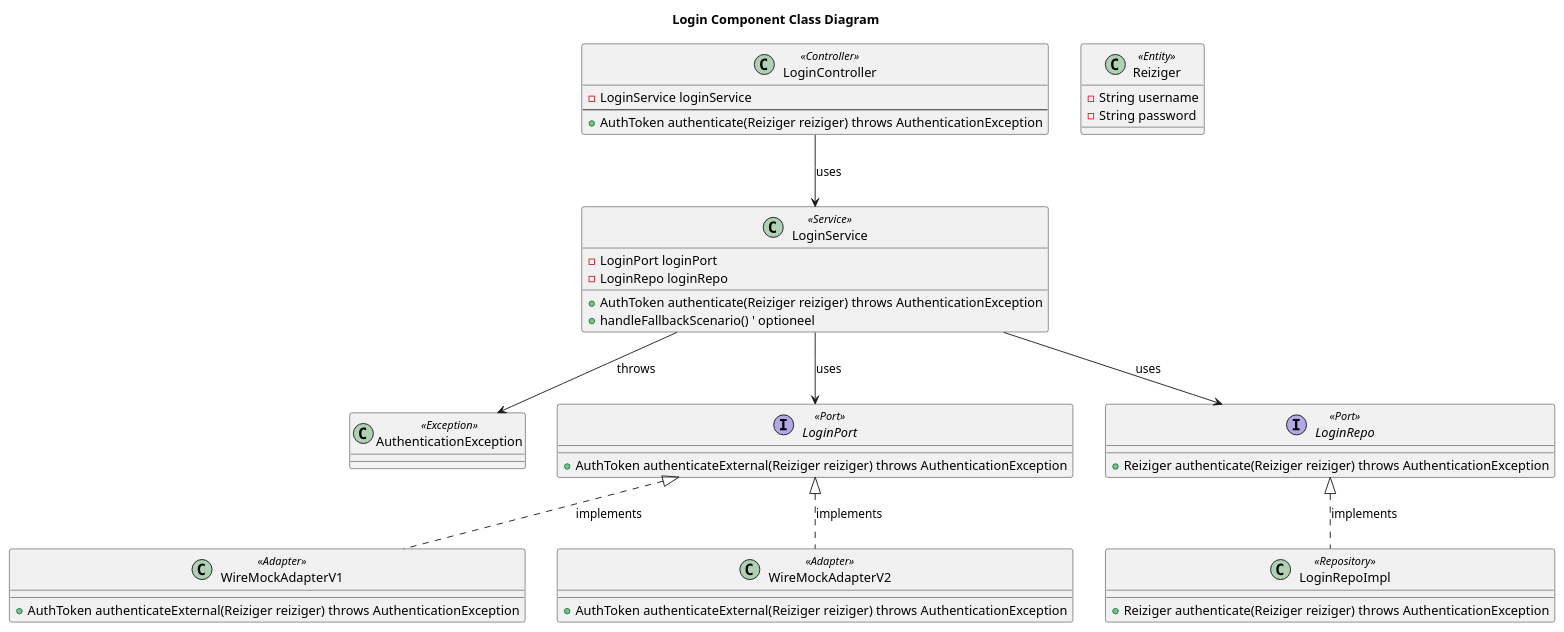
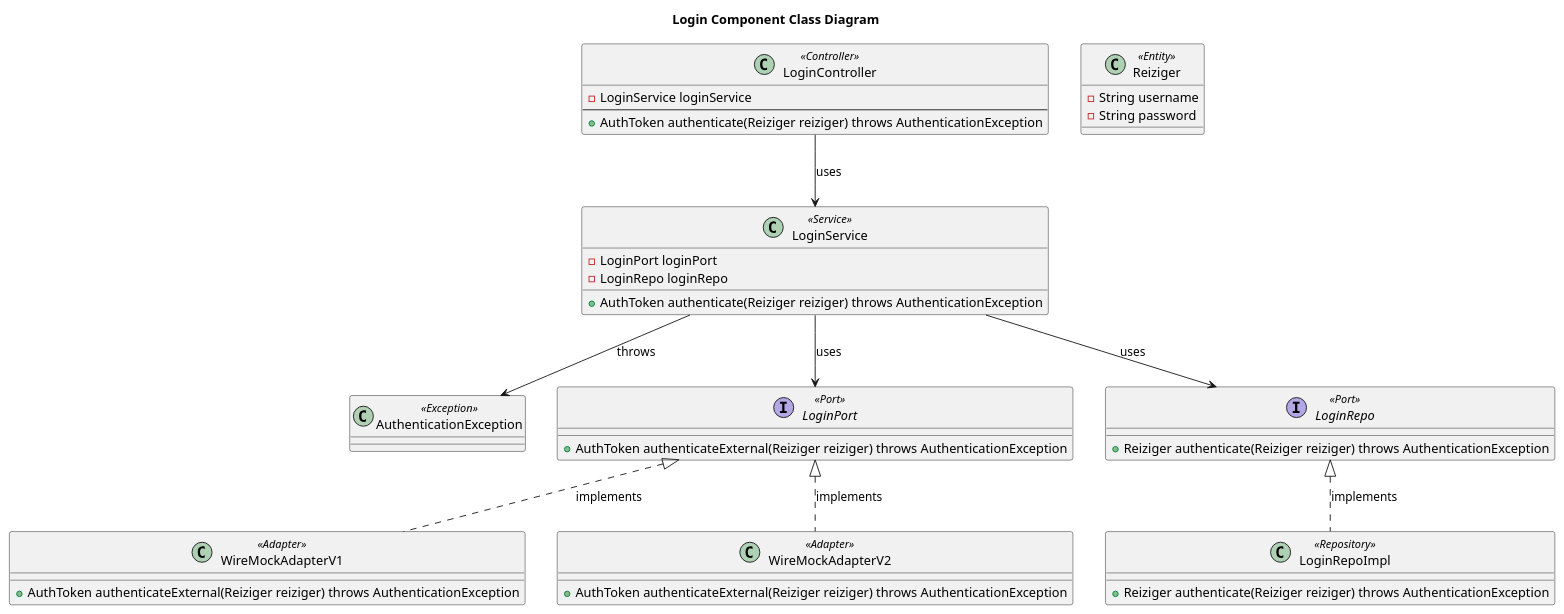
One commit to AIM-ENE-feb25/triptop-asas changed the diagram in software-guidebook/component-code/ahmed/code.puml. Above: the diagram before and after it, drawn with PlantUML. The commit also changed 24 other files, not shown here.

```diff
--- a/software-guidebook/component-code/ahmed/code.puml
+++ b/software-guidebook/component-code/ahmed/code.puml
@@ -1,53 +1,62 @@
 @startuml
 skinparam rankdir TB
 title Login Component Class Diagram
 
 class LoginController <<Controller>> {
     - LoginService loginService
     --
     + AuthToken authenticate(Reiziger reiziger) throws AuthenticationException
 }
 
 class LoginService <<Service>> {
     + AuthToken authenticate(Reiziger reiziger) throws AuthenticationException
-    + handleFallbackScenario() ' optioneel
     - LoginPort loginPort
     - LoginRepo loginRepo
 }
 
 class AuthenticationException <<Exception>>
 
 interface LoginPort <<Port>> {
     + AuthToken authenticateExternal(Reiziger reiziger) throws AuthenticationException
 }
 
 class WireMockAdapterV1 <<Adapter>> {
     + AuthToken authenticateExternal(Reiziger reiziger) throws AuthenticationException
 }
 
 class WireMockAdapterV2 <<Adapter>> {
     + AuthToken authenticateExternal(Reiziger reiziger) throws AuthenticationException
 }
 
 interface LoginRepo <<Port>> {
     + Reiziger authenticate(Reiziger reiziger) throws AuthenticationException
 }
 
 class LoginRepoImpl <<Repository>> {
     + Reiziger authenticate(Reiziger reiziger) throws AuthenticationException
 }
 
 class Reiziger <<Entity>> {
     - String username
     - String password
 }
+'class V1UserAuth <<Record>> {
+'    - String username
+'    - String token `32 bits
+'}
+'class V2UserAuth <<Record>> {
+'    - String username
+'    - String token `64 bits
+'}
 
 LoginController --> LoginService : uses
 LoginService --> AuthenticationException : «throws»
 LoginService --> LoginPort : uses
 LoginPort <|.. WireMockAdapterV1 : «implements»
 LoginPort <|.. WireMockAdapterV2 : «implements»
 LoginService --> LoginRepo : uses
 LoginRepo <|.. LoginRepoImpl : «implements»
+'WireMockAdapterV1 --> V1UserAuth: uses
+'WireMockAdapterV2 --> V2UserAuth: uses
 
 @enduml
```
